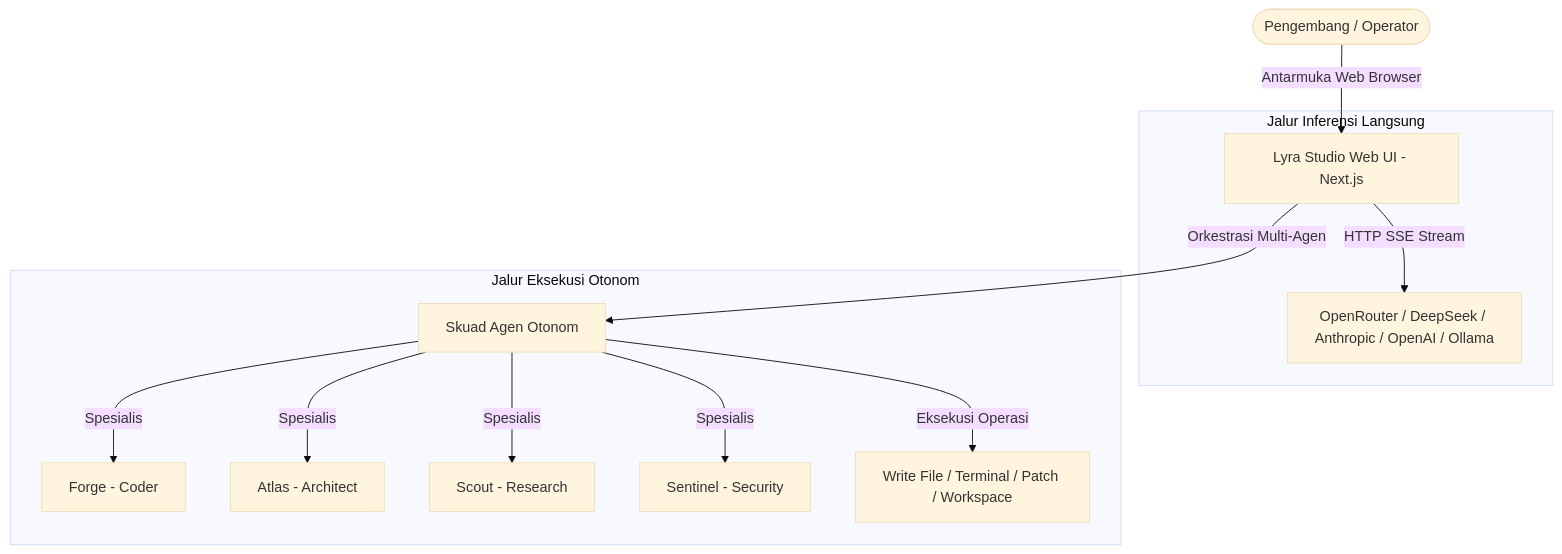
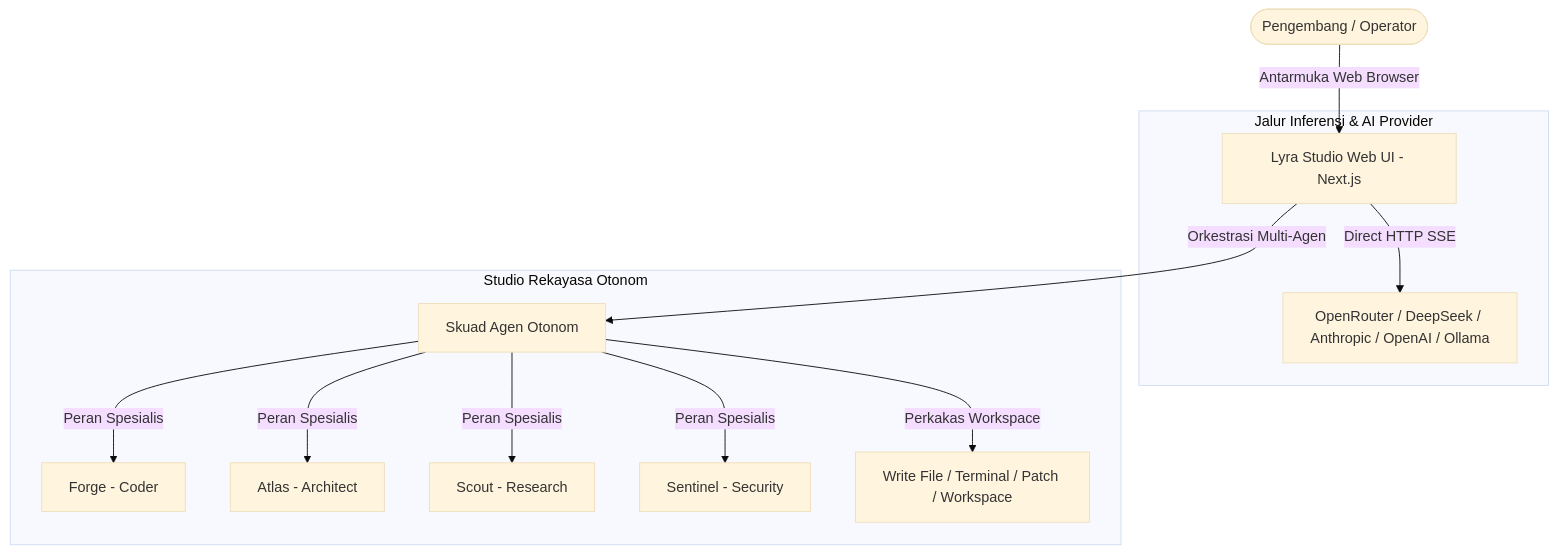
One commit to Kal215/Lyra-webui-hermes changed the diagram in README.id.md. Above: the diagram before and after it, drawn with Mermaid (base theme). The commit also changed 30 other files, not shown here.

Commit message:
chore: streamline repository to focused Lyra Studio Web UI, remove legacy 9router and memory-core-v2 modules

````diff
--- a/README.id.md
+++ b/README.id.md
@@ -40,17 +40,17 @@
 ```mermaid
 graph TD
     User([Pengembang / Operator]) -->|Antarmuka Web Browser| WebUI[Lyra Studio Web UI - Next.js]
     
-    subgraph "Jalur Inferensi Langsung"
-        WebUI -->|HTTP SSE Stream| Providers[OpenRouter / DeepSeek / Anthropic / OpenAI / Ollama]
+    subgraph "Jalur Inferensi & AI Provider"
+        WebUI -->|Direct HTTP SSE| Providers[OpenRouter / DeepSeek / Anthropic / OpenAI / Ollama]
     end
 
-    subgraph "Jalur Eksekusi Otonom"
+    subgraph "Studio Rekayasa Otonom"
         WebUI -->|Orkestrasi Multi-Agen| Swarm[Skuad Agen Otonom]
-        Swarm -->|Spesialis| Forge[Forge - Coder]
-        Swarm -->|Spesialis| Atlas[Atlas - Architect]
-        Swarm -->|Spesialis| Scout[Scout - Research]
-        Swarm -->|Spesialis| Sentinel[Sentinel - Security]
-        Swarm -->|Eksekusi Operasi| Tools[Write File / Terminal / Patch / Workspace]
+        Swarm -->|Peran Spesialis| Forge[Forge - Coder]
+        Swarm -->|Peran Spesialis| Atlas[Atlas - Architect]
+        Swarm -->|Peran Spesialis| Scout[Scout - Research]
+        Swarm -->|Peran Spesialis| Sentinel[Sentinel - Security]
+        Swarm -->|Perkakas Workspace| Tools[Write File / Terminal / Patch / Workspace]
     end
 ```
````
